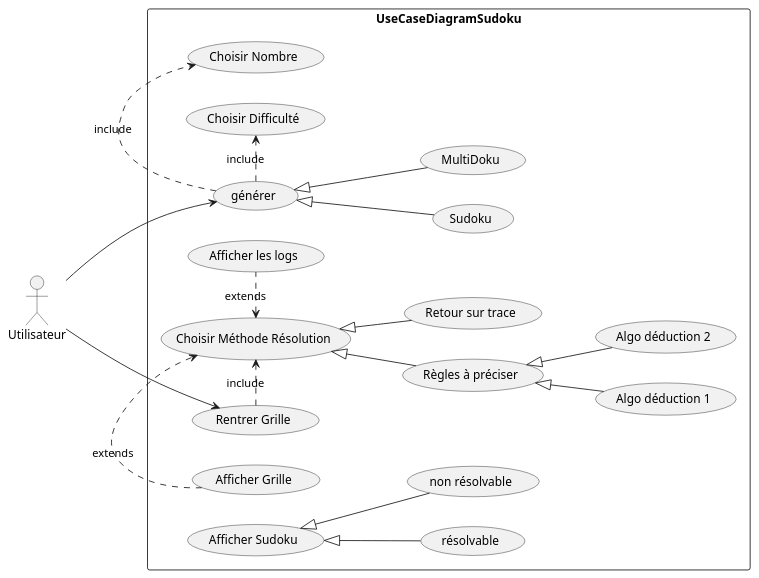
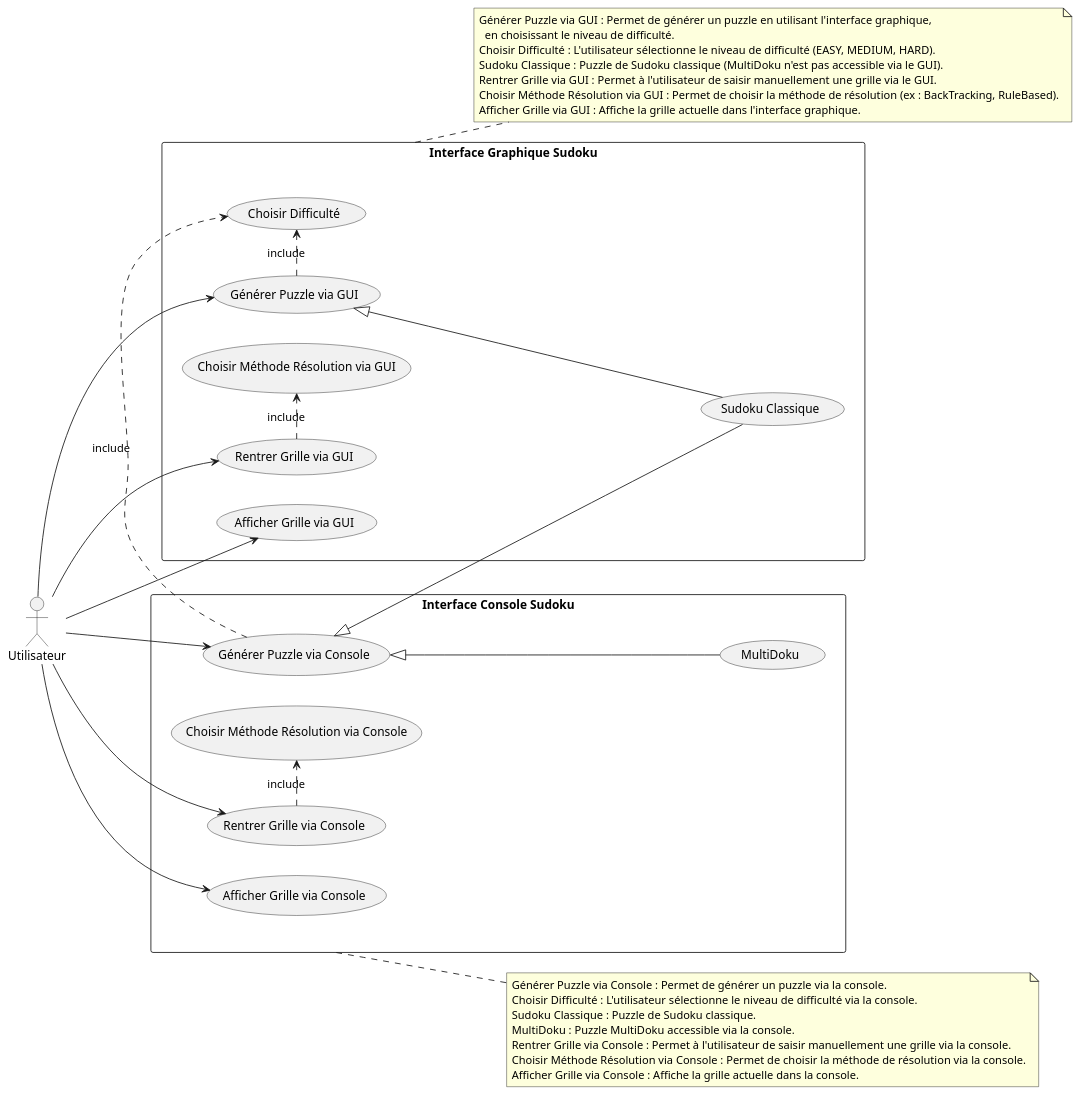
Before and after one commit to PolytechLyon/SudokuAPO: the diagram in UsecaseDiagram.puml, drawn with PlantUML. The commit also changed 1 other file, not shown here.

Commit message:
Mise a Jour Diagramme de Cas d'utilisation et derniers fix visuels de l'interface graphique

```diff
--- a/UsecaseDiagram.puml
+++ b/UsecaseDiagram.puml
@@ -1,22 +1,45 @@
 @startuml
 left to right direction
 
-rectangle (UseCaseDiagramSudoku) {
-    (générer) .> (Choisir Nombre) : include
-    (générer) .> (Choisir Difficulté) : include
-    (générer) <|-- (Sudoku)
-    (générer) <|-- (MultiDoku)
-    (Rentrer Grille) .> (Choisir Méthode Résolution) : include
-    (Choisir Méthode Résolution) <|-- (Règles à préciser)
-    (Règles à préciser) <|-- (Algo déduction 1)
-    (Règles à préciser) <|-- (Algo déduction 2)
-    (Choisir Méthode Résolution) <|-- (Retour sur trace)
-    (Choisir Méthode Résolution) <. (Afficher les logs) : extends
-    (Afficher Grille) .> (Choisir Méthode Résolution) : extends
-    (Afficher Sudoku) <|-- (résolvable)
-    (Afficher Sudoku) <|-- (non résolvable)
+rectangle "Interface Graphique Sudoku" {
+  (Générer Puzzle via GUI) .> (Choisir Difficulté) : include
+  (Générer Puzzle via GUI) <|-- (Sudoku Classique)
+  (Rentrer Grille via GUI) .> (Choisir Méthode Résolution via GUI) : include
+  (Afficher Grille via GUI)
 }
-:Utilisateur: -->(générer)
-:Utilisateur: -->(Rentrer Grille)
+note right of "Interface Graphique Sudoku"
+  Générer Puzzle via GUI : Permet de générer un puzzle en utilisant l'interface graphique,
+    en choisissant le niveau de difficulté.
+  Choisir Difficulté : L'utilisateur sélectionne le niveau de difficulté (EASY, MEDIUM, HARD).
+  Sudoku Classique : Puzzle de Sudoku classique (MultiDoku n'est pas accessible via le GUI).
+  Rentrer Grille via GUI : Permet à l'utilisateur de saisir manuellement une grille via le GUI.
+  Choisir Méthode Résolution via GUI : Permet de choisir la méthode de résolution (ex : BackTracking, RuleBased).
+  Afficher Grille via GUI : Affiche la grille actuelle dans l'interface graphique.
+end note
+
+rectangle "Interface Console Sudoku" {
+  (Générer Puzzle via Console) .> (Choisir Difficulté) : include
+  (Générer Puzzle via Console) <|-- (Sudoku Classique)
+  (Générer Puzzle via Console) <|-- (MultiDoku)
+  (Rentrer Grille via Console) .> (Choisir Méthode Résolution via Console) : include
+  (Afficher Grille via Console)
+}
+note right of "Interface Console Sudoku"
+  Générer Puzzle via Console : Permet de générer un puzzle via la console.
+  Choisir Difficulté : L'utilisateur sélectionne le niveau de difficulté via la console.
+  Sudoku Classique : Puzzle de Sudoku classique.
+  MultiDoku : Puzzle MultiDoku accessible via la console.
+  Rentrer Grille via Console : Permet à l'utilisateur de saisir manuellement une grille via la console.
+  Choisir Méthode Résolution via Console : Permet de choisir la méthode de résolution via la console.
+  Afficher Grille via Console : Affiche la grille actuelle dans la console.
+end note
+
+actor "Utilisateur" as User
+User --> (Générer Puzzle via GUI)
+User --> (Rentrer Grille via GUI)
+User --> (Afficher Grille via GUI)
+User --> (Générer Puzzle via Console)
+User --> (Rentrer Grille via Console)
+User --> (Afficher Grille via Console)
 
 @enduml
```
